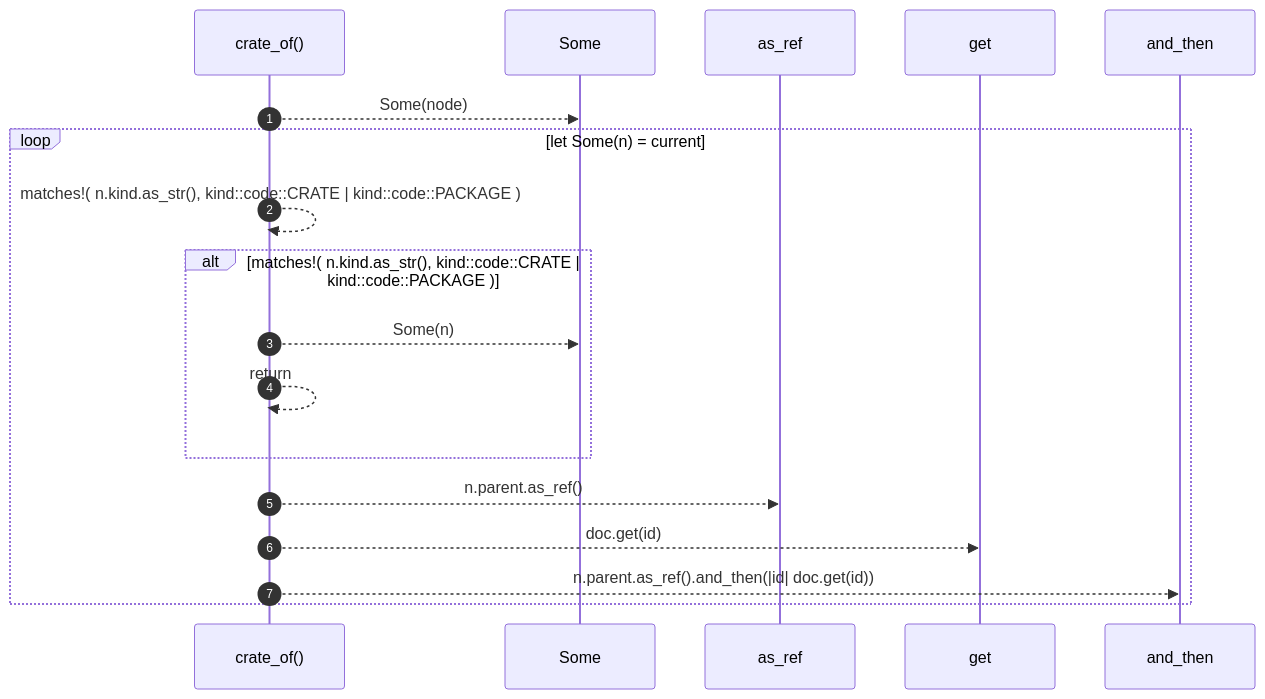
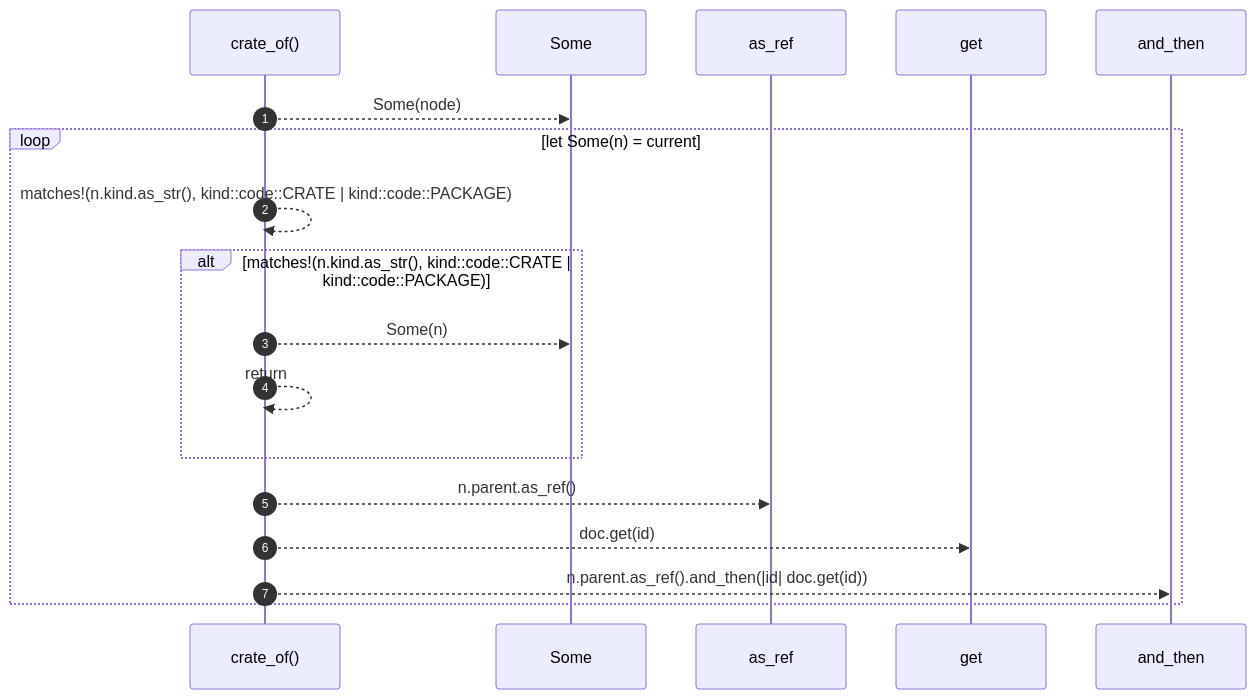
Before and after one commit to RyanGuild/self-describing-code: the diagram in .robby/diagrams/seq-rust-robby-render-view-deps-crate-of.mmd, drawn with Mermaid. The commit also changed 747 other files, not shown here.

```diff
--- a/.robby/diagrams/seq-rust-robby-render-view-deps-crate-of.mmd
+++ b/.robby/diagrams/seq-rust-robby-render-view-deps-crate-of.mmd
@@ -1,18 +1,18 @@
 sequenceDiagram
     autonumber
     participant crate_of as crate_of()
     participant Some as Some
     participant as_ref as as_ref
     participant get as get
     participant and_then as and_then
     crate_of-->>Some: Some(node)
     loop let Some(n) = current
-    crate_of-->>crate_of: matches!( n.kind.as_str(), kind::code::CRATE | kind::code::PACKAGE )
-    alt matches!( n.kind.as_str(), kind::code::CRATE | kind::code::PACKAGE )
+    crate_of-->>crate_of: matches!(n.kind.as_str(), kind::code::CRATE | kind::code::PACKAGE)
+    alt matches!(n.kind.as_str(), kind::code::CRATE | kind::code::PACKAGE)
     crate_of-->>Some: Some(n)
     crate_of-->>crate_of: return
     end
     crate_of-->>as_ref: n.parent.as_ref()
     crate_of-->>get: doc.get(id)
     crate_of-->>and_then: n.parent.as_ref().and_then(|id| doc.get(id))
     end
```
